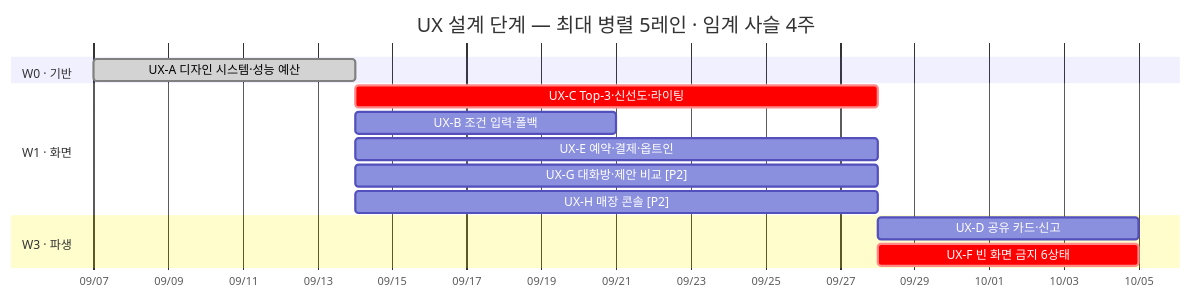
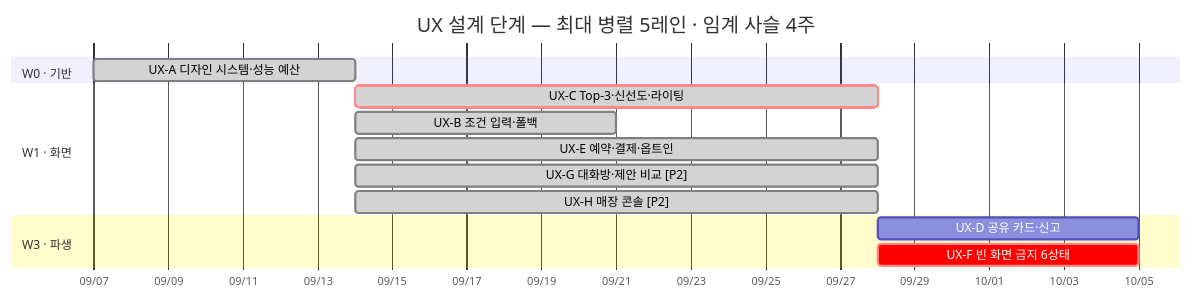
Before and after one commit to STERNYUL/AI_PLACE_MATE: the diagram in docs/goals/ux-design-stage-LEDGER.md, drawn with Mermaid. The commit also changed other lines of this file and 11 other files, not shown here.

````diff
--- a/docs/goals/ux-design-stage-LEDGER.md
+++ b/docs/goals/ux-design-stage-LEDGER.md
@@ -19,17 +19,17 @@
 ```mermaid
 gantt
     title UX 설계 단계 — 최대 병렬 5레인 · 임계 사슬 4주
     dateFormat YYYY-MM-DD
     axisFormat %m/%d
     section W0 · 기반
     UX-A 디자인 시스템·성능 예산 :done, uxa, 2026-09-07, 1w
     section W1 · 화면
-    UX-C Top-3·신선도·라이팅 :crit, uxc, after uxa, 2w
-    UX-B 조건 입력·폴백 :uxb, after uxa, 1w
-    UX-E 예약·결제·옵트인 :uxe, after uxa, 2w
-    UX-G 대화방·제안 비교 [P2] :uxg, after uxa, 2w
-    UX-H 매장 콘솔 [P2] :uxh, after uxa, 2w
+    UX-C Top-3·신선도·라이팅 :crit, done, uxc, after uxa, 2w
+    UX-B 조건 입력·폴백 :done, uxb, after uxa, 1w
+    UX-E 예약·결제·옵트인 :done, uxe, after uxa, 2w
+    UX-G 대화방·제안 비교 [P2] :done, uxg, after uxa, 2w
+    UX-H 매장 콘솔 [P2] :done, uxh, after uxa, 2w
     section W3 · 파생
     UX-D 공유 카드·신고 :uxd, after uxc, 1w
     UX-F 빈 화면 금지 6상태 :crit, uxf, after uxc, 1w
 ```
````
